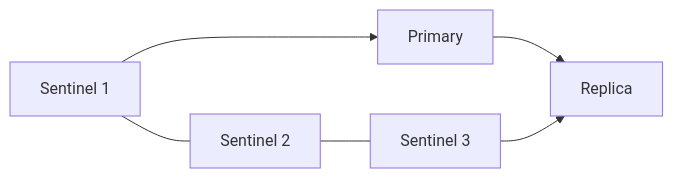
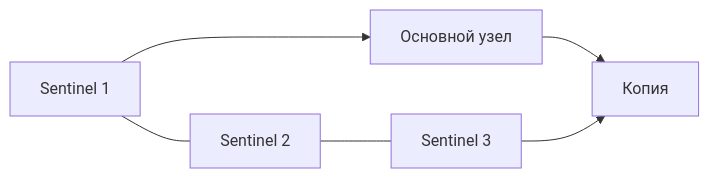
The diagram in docs/databases/redis/sentinel.md (leary1337/vault), drawn with Mermaid before and after one commit. The commit also changed other lines of this file and 325 other files, not shown here.

````diff
--- a/docs/databases/redis/sentinel.md
+++ b/docs/databases/redis/sentinel.md
@@ -49,8 +37,8 @@
 ```mermaid
 flowchart LR
     S1[Sentinel 1] --- S2[Sentinel 2]
     S2 --- S3[Sentinel 3]
-    S1 --> P[Primary]
-    P --> R[Replica]
+    S1 --> P[Основной узел]
+    P --> R[Копия]
     S3 --> R
 ```
````
